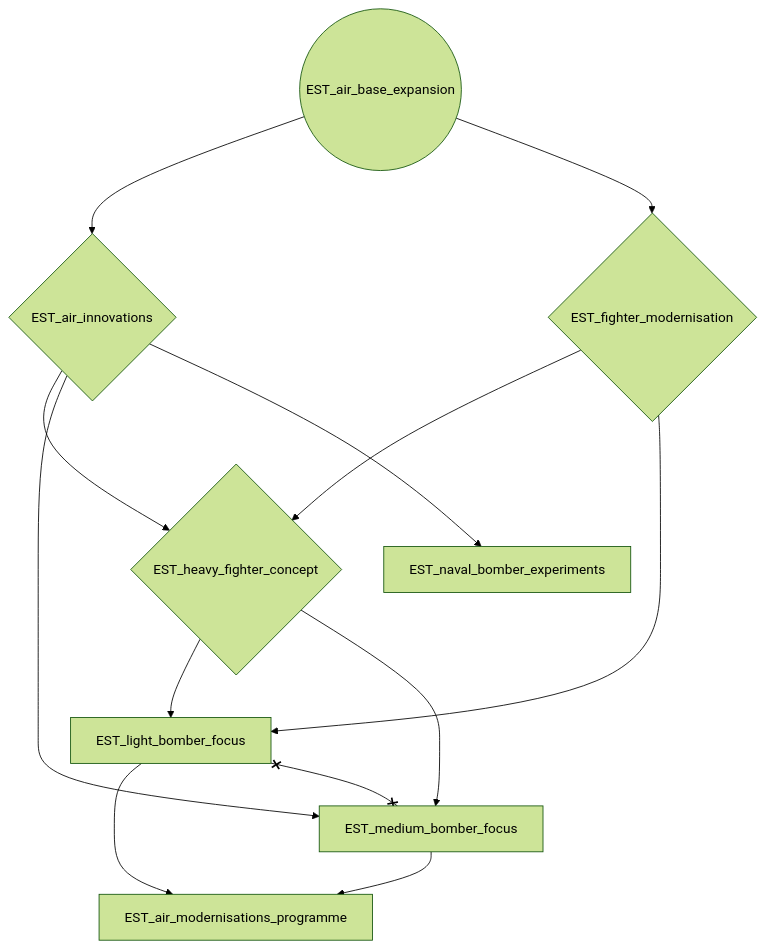
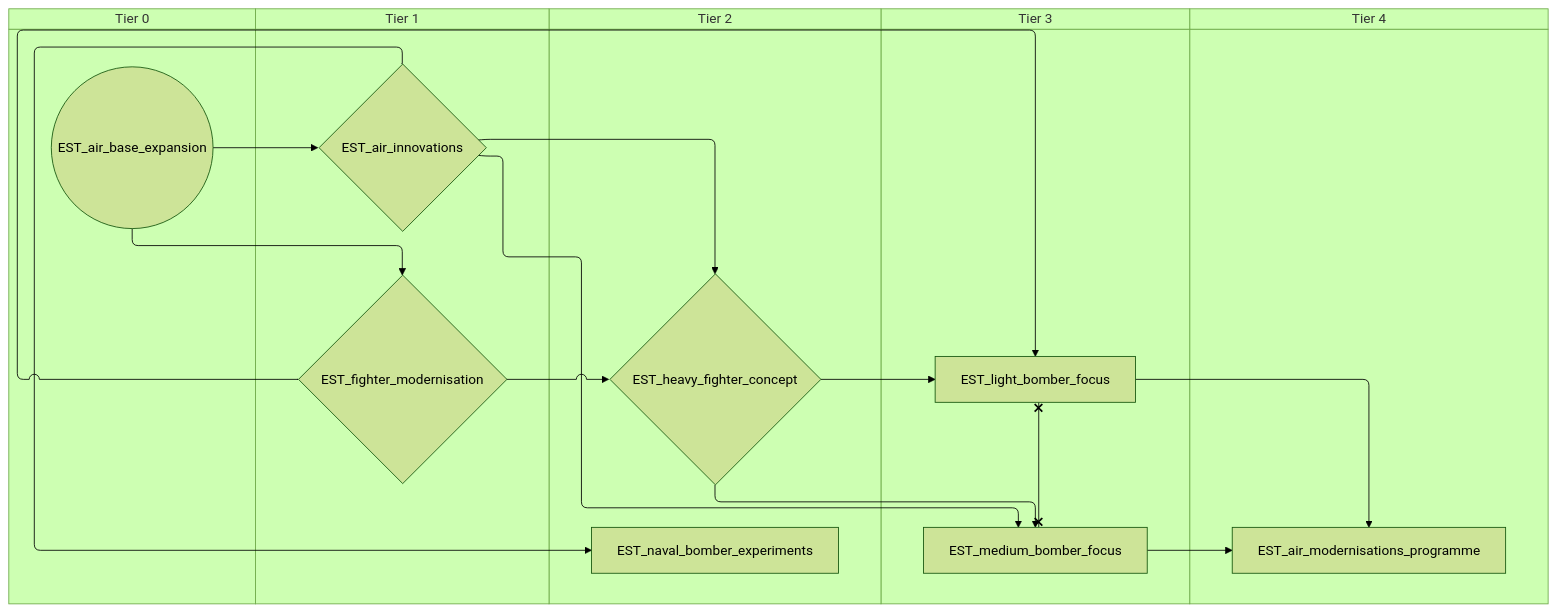
Before and after one commit to evgeny-sobol/hoi4-sandbox-mode-r56: the first of 4 diagrams in docs/gdd/National Focuses/r56/r56_estonia_shared.md, drawn with Mermaid (forest theme). The commit also changed other lines of this file and 423 other files, not shown here.

First line of the commit message:
Re-export Rt56 focus trees as swimlane diagrams

````diff
--- a/docs/gdd/National Focuses/r56/r56_estonia_shared.md
+++ b/docs/gdd/National Focuses/r56/r56_estonia_shared.md
@@ -3,23 +3,33 @@
 ```mermaid
-flowchart TD
-    n1(("EST_air_base_expansion"))
-    n2{"EST_air_innovations"}
-    n3["EST_air_modernisations_programme"]
-    n4{"EST_fighter_modernisation"}
-    n5{"EST_heavy_fighter_concept"}
-    n6["EST_light_bomber_focus"]
-    n7["EST_medium_bomber_focus"]
-    n8["EST_naval_bomber_experiments"]
+swimlane-beta TD
+    subgraph tier_0["Tier 0"]
+        n1(("EST_air_base_expansion"))
+    end
+    subgraph tier_1["Tier 1"]
+        n2{"EST_air_innovations"}
+        n3{"EST_fighter_modernisation"}
+    end
+    subgraph tier_2["Tier 2"]
+        n4{"EST_heavy_fighter_concept"}
+        n5["EST_naval_bomber_experiments"]
+    end
+    subgraph tier_3["Tier 3"]
+        n6["EST_light_bomber_focus"]
+        n7["EST_medium_bomber_focus"]
+    end
+    subgraph tier_4["Tier 4"]
+        n8["EST_air_modernisations_programme"]
+    end
     n1 --> n2
-    n6 --> n3
-    n7 --> n3
-    n1 --> n4
+    n6 --> n8
+    n7 --> n8
+    n1 --> n3
+    n2 --> n4
+    n3 --> n4
+    n4 --> n6
+    n3 --> n6
+    n4 --> n7
+    n2 --> n7
     n2 --> n5
-    n4 --> n5
-    n5 --> n6
-    n4 --> n6
-    n5 --> n7
-    n2 --> n7
-    n2 --> n8
     n6 x--x n7
 ```
````
